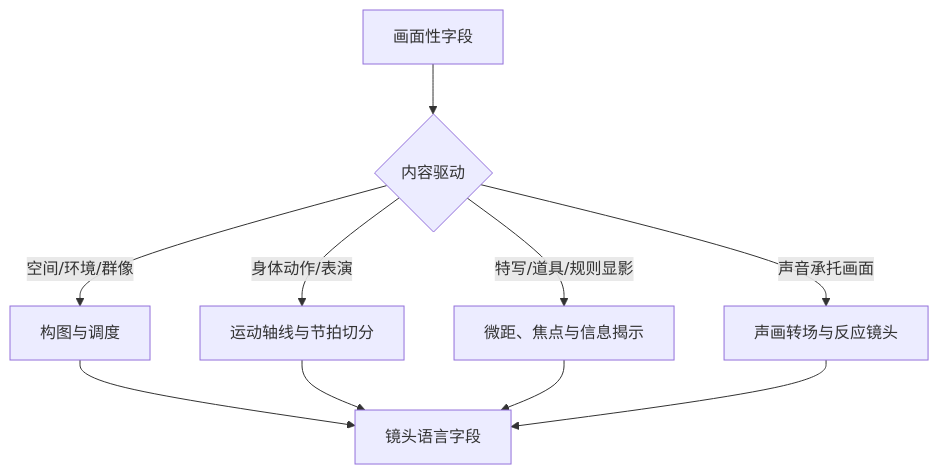
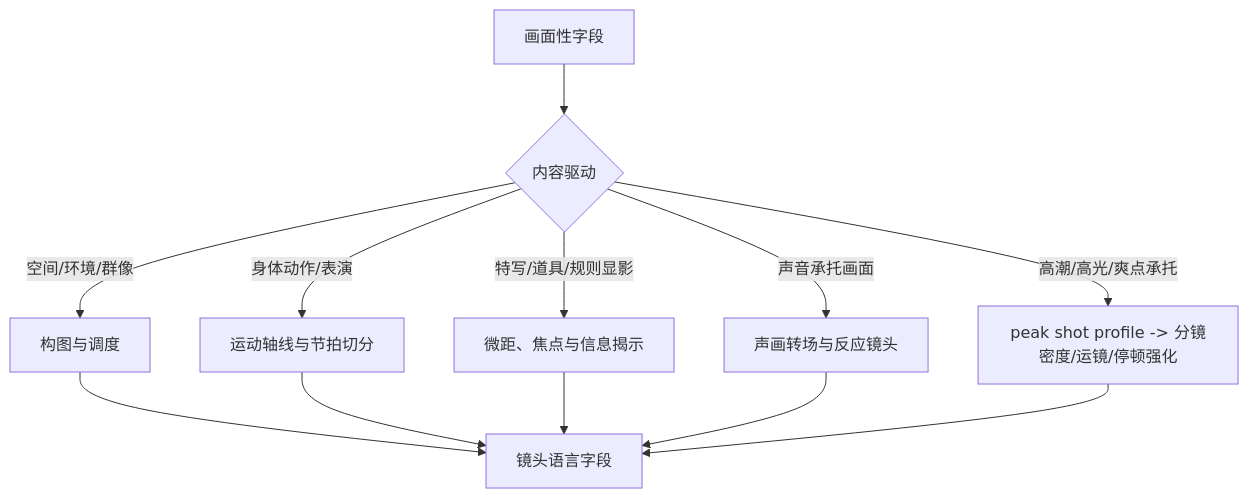
Before and after one commit to ZEN-VOID/AI-CUT: the second of 2 diagrams in .agents/skills/aigc/3-摄影/SKILL.md, drawn with Mermaid. The commit also changed other lines of this file and 127 other files, not shown here.

````diff
--- a/.agents/skills/aigc/3-摄影/SKILL.md
+++ b/.agents/skills/aigc/3-摄影/SKILL.md
@@ -91,12 +102,14 @@
 ```mermaid
 flowchart TD
     A["画面性字段"] --> B{"内容驱动"}
     B -->|"空间/环境/群像"| C["构图与调度"]
     B -->|"身体动作/表演"| D["运动轴线与节拍切分"]
     B -->|"特写/道具/规则显影"| E["微距、焦点与信息揭示"]
     B -->|"声音承托画面"| F["声画转场与反应镜头"]
+    B -->|"高潮/高光/爽点承托"| H["peak shot profile -> 分镜密度/运镜/停顿强化"]
     C --> G["镜头语言字段"]
     D --> G
     E --> G
     F --> G
+    H --> G
 ```
````
